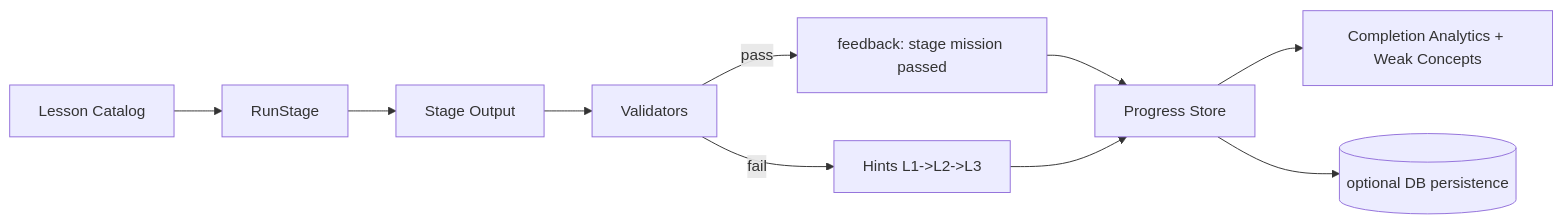
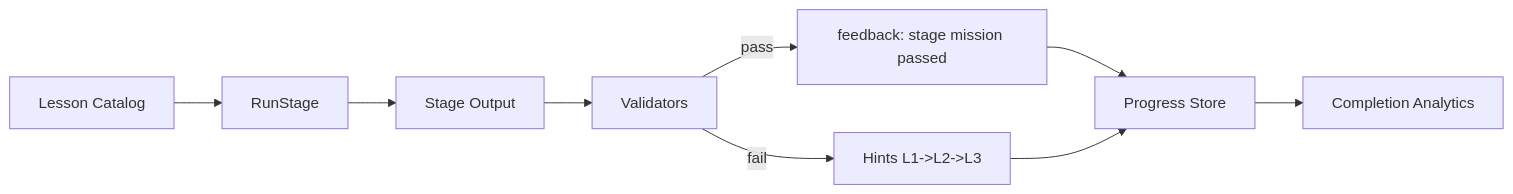
Before and after one commit to gachu2002/os-simulator: the first of 2 diagrams in feature/05-lesson-engine.md, drawn with Mermaid. The commit also changed other lines of this file and 31 other files, not shown here.

````diff
--- a/feature/05-lesson-engine.md
+++ b/feature/05-lesson-engine.md
@@ -5,12 +5,11 @@
 ```mermaid
 flowchart LR
   CAT[Lesson Catalog] --> RUN[RunStage]
   RUN --> OUT[Stage Output]
   OUT --> VAL[Validators]
   VAL -->|pass| PASS[feedback: stage mission passed]
   VAL -->|fail| HINT[Hints L1->L2->L3]
   PASS --> PROG[Progress Store]
   HINT --> PROG
-  PROG --> ANA[Completion Analytics + Weak Concepts]
-  PROG --> PERSIST[(optional DB persistence)]
+  PROG --> ANA[Completion Analytics]
 ```
````
